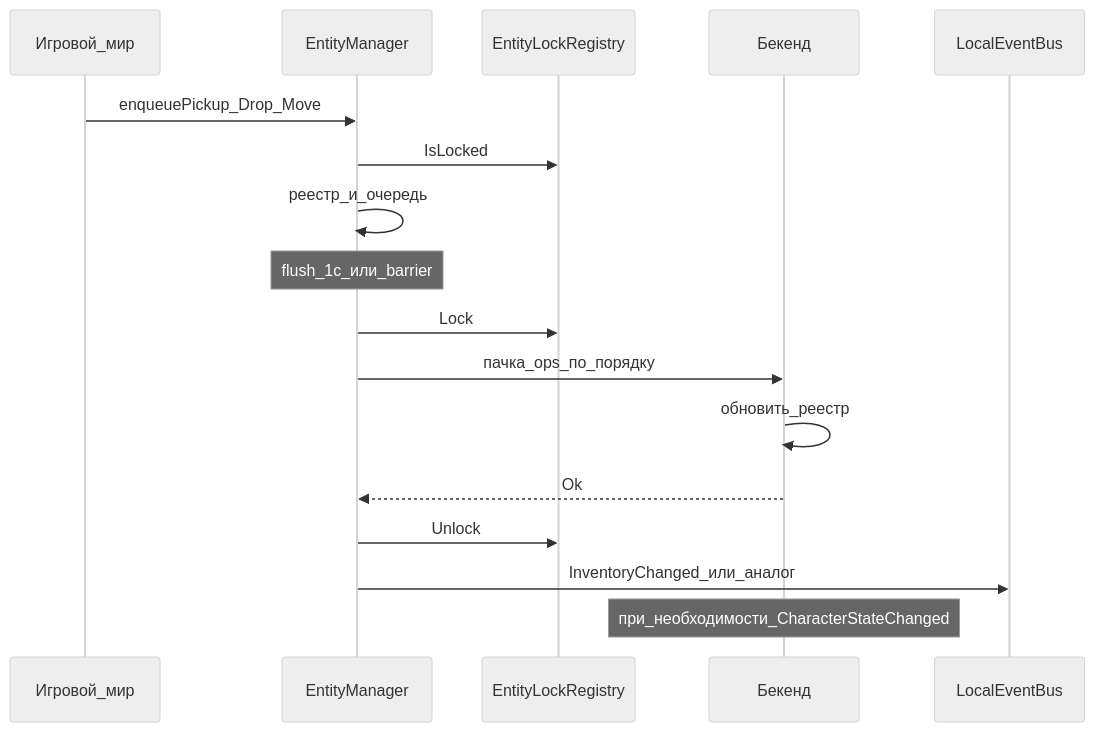
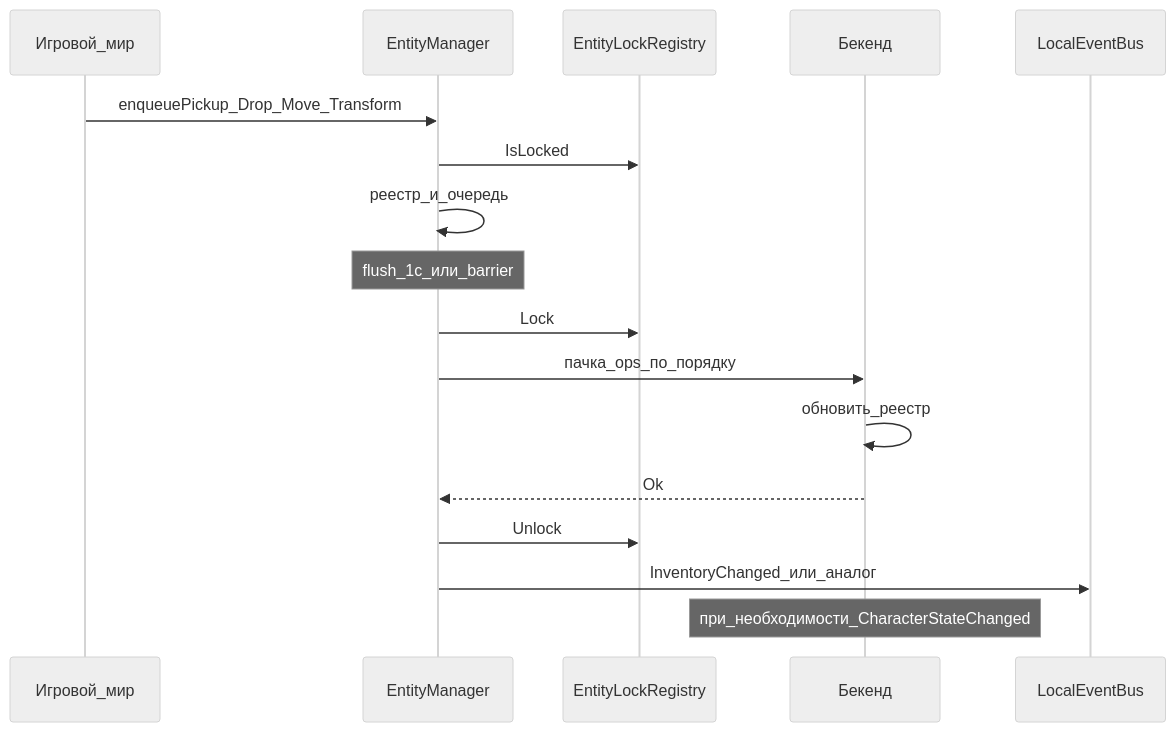
The second of 2 diagrams in Architecture/EntityManager.md (EvGenius91/arma-r-arch), drawn with Mermaid (neutral theme) before and after one commit. The commit also changed other lines of this file and 17 other files, not shown here.

````diff
--- a/Architecture/EntityManager.md
+++ b/Architecture/EntityManager.md
@@ -91,20 +91,20 @@
 ```mermaid
 sequenceDiagram
     participant World as Игровой_мир
     participant EM as EntityManager
     participant Lock as EntityLockRegistry
     participant BE as Бекенд
     participant EB as LocalEventBus
 
-    World->>EM: enqueuePickup_Drop_Move
+    World->>EM: enqueuePickup_Drop_Move_Transform
     EM->>Lock: IsLocked
     EM->>EM: реестр_и_очередь
     Note over EM: flush_1с_или_barrier
     EM->>Lock: Lock
     EM->>BE: пачка_ops_по_порядку
     BE->>BE: обновить_реестр
     BE-->>EM: Ok
     EM->>Lock: Unlock
     EM->>EB: InventoryChanged_или_аналог
     Note over BE: при_необходимости_CharacterStateChanged
 ```
````
